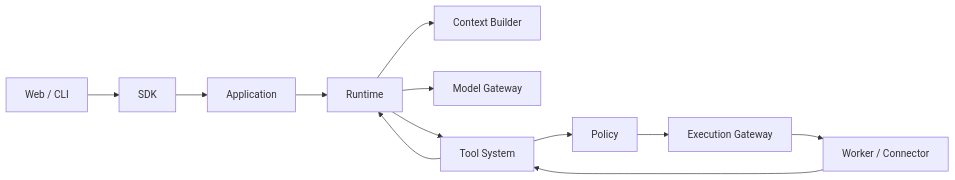
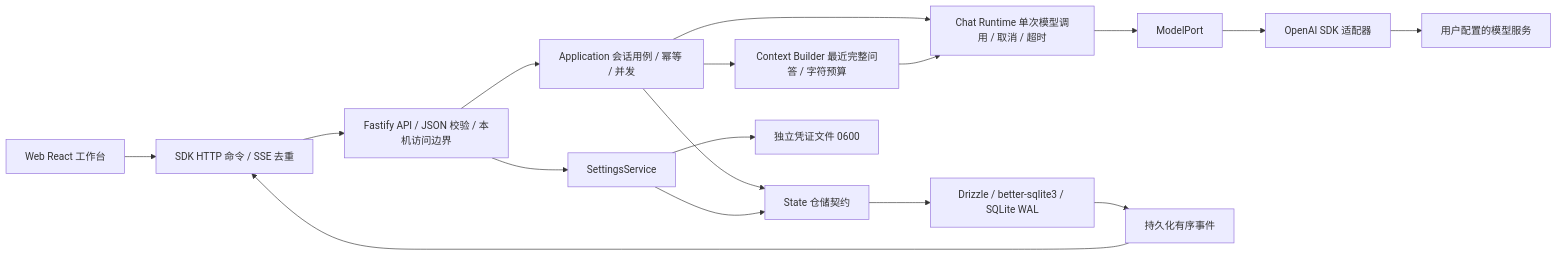
The diagram in docs/architecture/overview.md (baixiaonian/myagent), drawn with Mermaid before and after one commit. The commit also changed other lines of this file and 100 other files, not shown here.

````diff
--- a/docs/architecture/overview.md
+++ b/docs/architecture/overview.md
@@ -7,14 +5,19 @@
 ```mermaid
 flowchart LR
-  Client[Web / CLI] --> SDK
-  SDK --> App[Application]
-  App --> Runtime
-  Runtime --> Context[Context Builder]
-  Runtime --> Model[Model Gateway]
-  Runtime --> Tool[Tool System]
-  Tool --> Policy
-  Policy --> Execution[Execution Gateway]
-  Execution --> Worker[Worker / Connector]
-  Worker --> Tool
-  Tool --> Runtime
+  W[Web React 工作台] --> S[SDK HTTP 命令 / SSE 去重]
+  S --> H[Fastify API / JSON 校验 / 本机访问边界]
+  H --> A[Application 会话用例 / 幂等 / 并发]
+  A --> K[Chat Runtime 单次模型调用 / 取消 / 超时]
+  A --> C[Context Builder 最近完整问答 / 字符预算]
+  C --> K
+  K --> P[ModelPort]
+  P --> O[OpenAI SDK 适配器]
+  O --> M[用户配置的模型服务]
+  A --> ST[State 仓储契约]
+  ST --> DB[Drizzle / better-sqlite3 / SQLite WAL]
+  H --> SET[SettingsService]
+  SET --> V[独立凭证文件 0600]
+  SET --> ST
+  DB --> E[持久化有序事件]
+  E --> S
 ```
````
